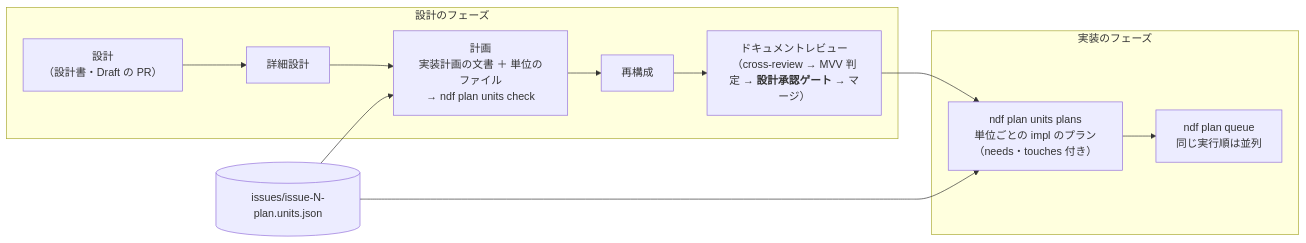
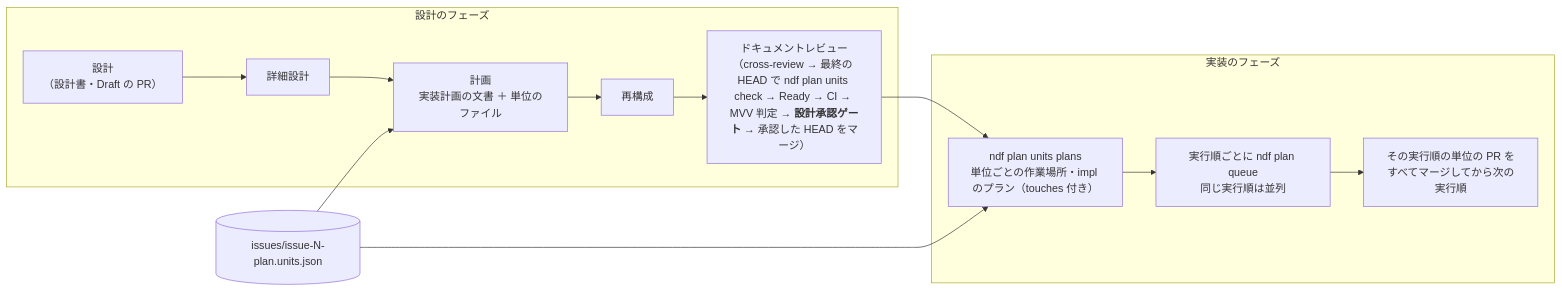
The second of 2 diagrams in issues/issue-3702-design.md (devbasex/ai-plugins), drawn with Mermaid before and after one commit. The commit also changed other lines of this file and 3 other files, not shown here.

Commit message:
Docs: #3702 の設計を cross-review の指摘に合わせて直す（単位の作業場所とマージの再開・設計 PR の承認と HEAD・モードごとの経路・単位の所属と集め方・分け方の案の直列）

````diff
--- a/issues/issue-3702-design.md
+++ b/issues/issue-3702-design.md
@@ -42,12 +42,12 @@
 ```mermaid
 flowchart LR
   subgraph 設計のフェーズ
-    D["設計<br/>（設計書・Draft の PR）"] --> DD[詳細設計] --> P["計画<br/>実装計画の文書 ＋ 単位のファイル<br/>→ ndf plan units check"] --> RB[再構成] --> DR["ドキュメントレビュー<br/>（cross-review → MVV 判定 → <b>設計承認ゲート</b> → マージ）"]
+    D["設計<br/>（設計書・Draft の PR）"] --> DD[詳細設計] --> P["計画<br/>実装計画の文書 ＋ 単位のファイル"] --> RB[再構成] --> DR["ドキュメントレビュー<br/>（cross-review → 最終の HEAD で ndf plan units check → Ready → CI → MVV 判定 → <b>設計承認ゲート</b> → 承認した HEAD をマージ）"]
   end
   subgraph 実装のフェーズ
-    U["ndf plan units plans<br/>単位ごとの impl のプラン（needs・touches 付き）"] --> Q["ndf plan queue<br/>同じ実行順は並列"]
+    U["ndf plan units plans<br/>単位ごとの作業場所・impl のプラン（touches 付き）"] --> Q["実行順ごとに ndf plan queue<br/>同じ実行順は並列"] --> M["その実行順の単位の PR を<br/>すべてマージしてから次の実行順"]
   end
   DR --> U
   F[(issues/issue-N-plan.units.json)] --> P
   F --> U
 ```
````
